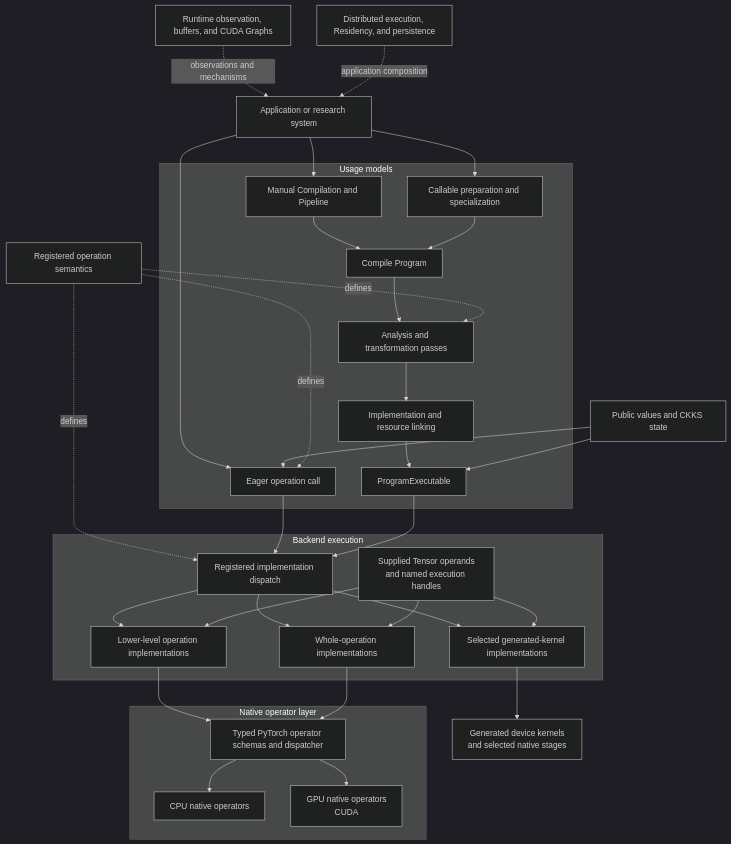
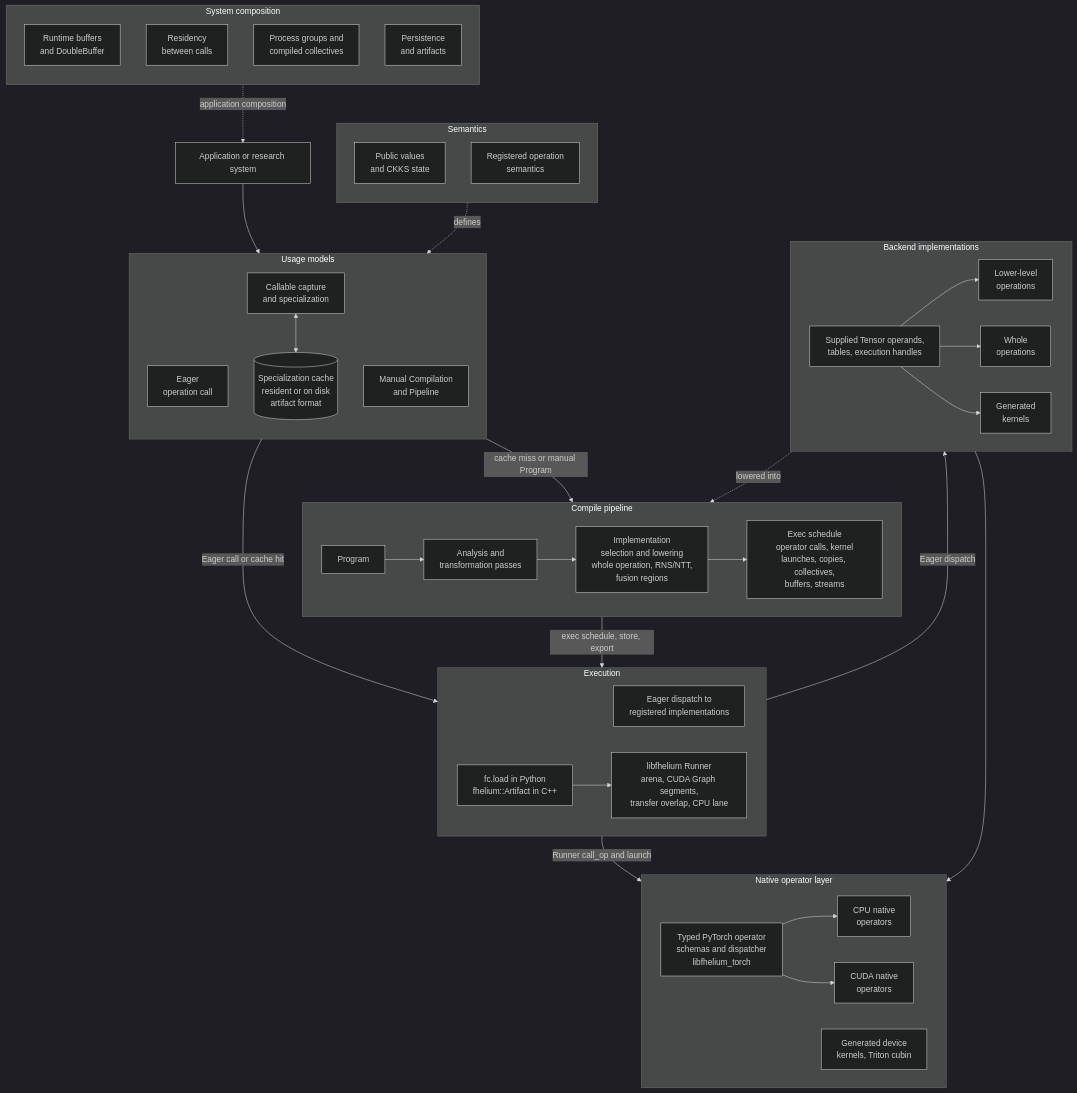
One commit to visualDust/fhelium changed the diagram in docs/concepts/architecture/system-overview.md. Above: the diagram before and after it, drawn with Mermaid (dark theme). The commit also changed other lines of this file and 475 other files, not shown here.

````diff
--- a/docs/concepts/architecture/system-overview.md
+++ b/docs/concepts/architecture/system-overview.md
@@ -7,60 +7,76 @@
 ```mermaid
 flowchart TB
     APP[Application or research system]
-    VALUES[Public values and CKKS state]
-    OPS[Registered operation semantics]
+
+    subgraph SYSTEMS[System composition]
+        direction TB
+        BUFFERS[Runtime buffers<br/>and DoubleBuffer]
+        RESIDENCY[Residency<br/>between calls]
+        DIST[Process groups and<br/>compiled collectives]
+        STORE[Persistence<br/>and artifacts]
+    end
+
+    subgraph SEM[Semantics]
+        direction TB
+        VALUES[Public values<br/>and CKKS state]
+        OPS[Registered operation<br/>semantics]
+    end
 
     subgraph USAGE[Usage models]
-        EAGER[Eager operation call]
-        MANUAL[Manual Compilation and Pipeline]
-        PROGRAM[Compile Program]
-        MANUAL --> PROGRAM
-        PASSES[Analysis and transformation passes]
-        LINK[Implementation and resource linking]
-        EXEC[ProgramExecutable]
-        CALLABLE[Callable preparation and specialization]
-        CALLABLE --> PROGRAM
-        PROGRAM --> PASSES --> LINK --> EXEC
+        direction TB
+        EAGER[Eager<br/>operation call]
+        MANUAL[Manual Compilation<br/>and Pipeline]
+        CALLABLE[Callable capture<br/>and specialization]
+        CACHE[(Specialization cache<br/>resident or on disk<br/>artifact format)]
+        CALLABLE <--> CACHE
     end
 
-    subgraph BACKEND[Backend execution]
-        DISPATCH[Registered implementation dispatch]
-        COMPOSED[Lower-level operation implementations]
-        WHOLE[Whole-operation implementations]
-        RESOURCES[Supplied Tensor operands<br/>and named execution handles]
-        GENERATED[Selected generated-kernel implementations]
-        DISPATCH --> COMPOSED
-        DISPATCH --> WHOLE
-        DISPATCH --> GENERATED
-        RESOURCES --> GENERATED
+    subgraph PIPE[Compile pipeline]
+        direction LR
+        PROGRAM[Program]
+        PASSES[Analysis and<br/>transformation passes]
+        SELECT[Implementation<br/>selection and lowering<br/>whole operation, RNS/NTT,<br/>fusion regions]
+        SCHED[Exec schedule<br/>operator calls, kernel<br/>launches, copies, collectives,<br/>buffers, streams]
+        PROGRAM --> PASSES --> SELECT --> SCHED
+    end
+
+    subgraph EXECUTION[Execution]
+        direction LR
+        DISPATCH[Eager dispatch to<br/>registered implementations]
+        RUNNER[libfhelium Runner<br/>arena, CUDA Graph segments,<br/>transfer overlap, CPU lane]
+        LOADED[fc.load in Python<br/>fhelium::Artifact in C++]
+        LOADED --> RUNNER
+    end
+
+    subgraph BACKEND[Backend implementations]
+        direction LR
+        RESOURCES[Supplied Tensor operands,<br/>tables, execution handles]
+        COMPOSED[Lower-level<br/>operations]
+        WHOLE[Whole<br/>operations]
+        GENERATED[Generated<br/>kernels]
         RESOURCES --> COMPOSED
         RESOURCES --> WHOLE
+        RESOURCES --> GENERATED
     end
 
     subgraph NATIVE[Native operator layer]
-        SCHEMAS[Typed PyTorch operator schemas and dispatcher]
-        CPU[CPU native operators]
-        GPU[GPU native operators<br/>CUDA]
+        direction LR
+        SCHEMAS[Typed PyTorch operator<br/>schemas and dispatcher<br/>libfhelium_torch]
+        CPU[CPU native<br/>operators]
+        GPU[CUDA native<br/>operators]
+        DEVICECODE[Generated device<br/>kernels, Triton cubin]
         SCHEMAS --> CPU
         SCHEMAS --> GPU
     end
 
-    RUNTIME[Runtime observation, buffers, and CUDA Graphs]
-    SYSTEMS[Distributed execution, Residency, and persistence]
-
-    APP --> EAGER
-    APP --> MANUAL
-    APP --> CALLABLE
-    VALUES --> EAGER
-    VALUES --> EXEC
-    OPS -. defines .-> EAGER
-    OPS -. defines .-> PASSES
-    OPS -. defines .-> DISPATCH
-    EAGER --> DISPATCH
-    EXEC --> DISPATCH
-    COMPOSED --> SCHEMAS
-    WHOLE --> SCHEMAS
-    GENERATED --> DEVICECODE[Generated device kernels<br/>and selected native stages]
-    RUNTIME -. observations and mechanisms .-> APP
     SYSTEMS -. application composition .-> APP
+    APP --> USAGE
+    SEM -. defines .-> USAGE
+    USAGE -->|cache miss or manual Program| PIPE
+    USAGE -->|Eager call or cache hit| EXECUTION
+    PIPE -->|exec schedule, store, export| EXECUTION
+    BACKEND -. lowered into .-> PIPE
+    EXECUTION -->|Eager dispatch| BACKEND
+    EXECUTION -->|Runner call_op and launch| NATIVE
+    BACKEND --> NATIVE
 ```
````
